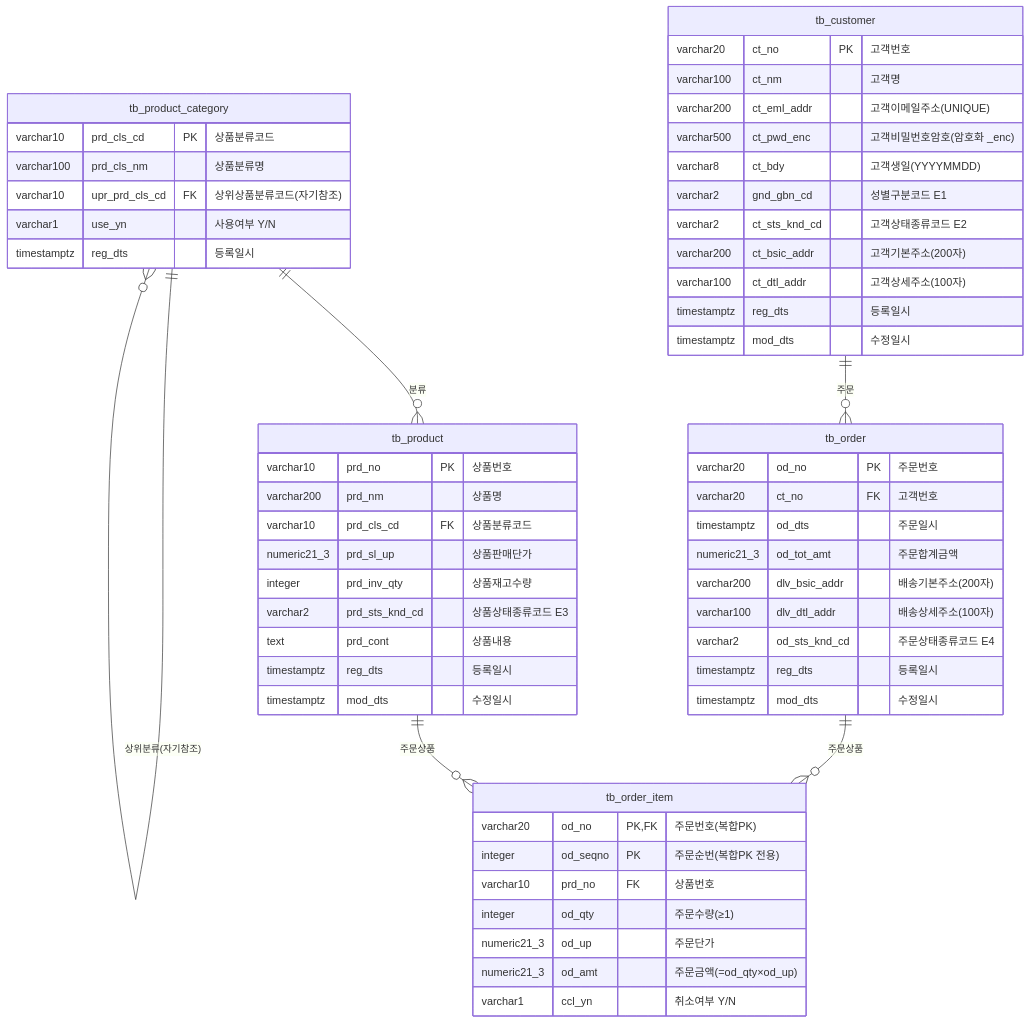
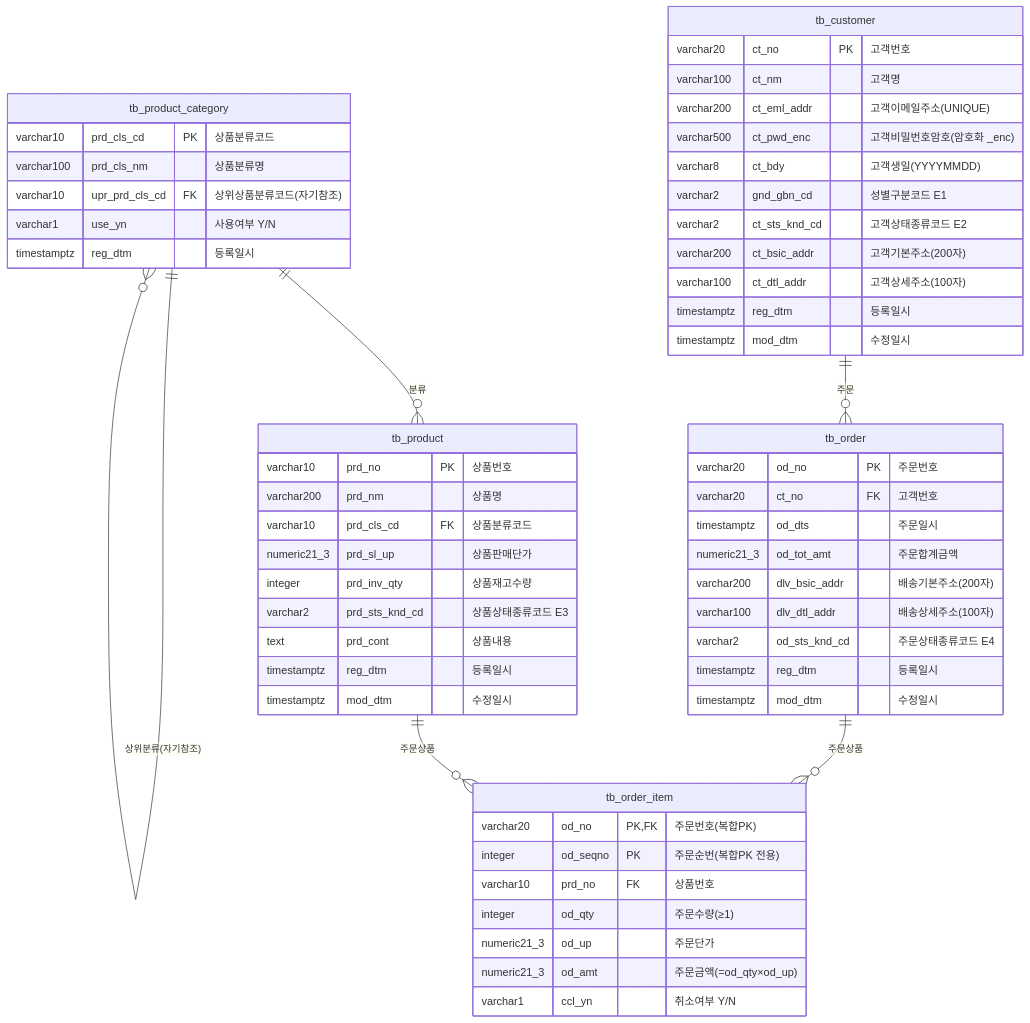
One commit to anakinwon/schema changed the diagram in docs/da-plan/erd-shopping.md. Above: the diagram before and after it, drawn with Mermaid. The commit also changed other lines of this file and 34 other files, not shown here.

````diff
--- a/docs/da-plan/erd-shopping.md
+++ b/docs/da-plan/erd-shopping.md
@@ -11,64 +11,64 @@
 ```mermaid
 erDiagram
     tb_product_category {
         varchar10  prd_cls_cd      PK "상품분류코드"
         varchar100 prd_cls_nm         "상품분류명"
         varchar10  upr_prd_cls_cd  FK "상위상품분류코드(자기참조)"
         varchar1   use_yn             "사용여부 Y/N"
-        timestamptz  reg_dts            "등록일시"
+        timestamptz  reg_dtm            "등록일시"
     }
 
     tb_product {
         varchar10   prd_no          PK "상품번호"
         varchar200  prd_nm             "상품명"
         varchar10   prd_cls_cd      FK "상품분류코드"
         numeric21_3 prd_sl_up          "상품판매단가"
         integer     prd_inv_qty        "상품재고수량"
         varchar2    prd_sts_knd_cd     "상품상태종류코드 E3"
         text        prd_cont           "상품내용"
-        timestamptz   reg_dts            "등록일시"
-        timestamptz   mod_dts            "수정일시"
+        timestamptz   reg_dtm            "등록일시"
+        timestamptz   mod_dtm            "수정일시"
     }
 
     tb_customer {
         varchar20  ct_no           PK "고객번호"
         varchar100 ct_nm              "고객명"
         varchar200 ct_eml_addr        "고객이메일주소(UNIQUE)"
         varchar500 ct_pwd_enc         "고객비밀번호암호(암호화 _enc)"
         varchar8   ct_bdy             "고객생일(YYYYMMDD)"
         varchar2   gnd_gbn_cd         "성별구분코드 E1"
         varchar2   ct_sts_knd_cd      "고객상태종류코드 E2"
         varchar200 ct_bsic_addr       "고객기본주소(200자)"
         varchar100 ct_dtl_addr        "고객상세주소(100자)"
-        timestamptz  reg_dts            "등록일시"
-        timestamptz  mod_dts            "수정일시"
+        timestamptz  reg_dtm            "등록일시"
+        timestamptz  mod_dtm            "수정일시"
     }
 
     tb_order {
         varchar20   od_no          PK "주문번호"
         varchar20   ct_no          FK "고객번호"
         timestamptz   od_dts            "주문일시"
         numeric21_3 od_tot_amt        "주문합계금액"
         varchar200  dlv_bsic_addr     "배송기본주소(200자)"
         varchar100  dlv_dtl_addr      "배송상세주소(100자)"
         varchar2    od_sts_knd_cd     "주문상태종류코드 E4"
-        timestamptz   reg_dts           "등록일시"
-        timestamptz   mod_dts           "수정일시"
+        timestamptz   reg_dtm           "등록일시"
+        timestamptz   mod_dtm           "수정일시"
     }
 
     tb_order_item {
         varchar20   od_no          PK,FK "주문번호(복합PK)"
         integer     od_seqno       PK    "주문순번(복합PK 전용)"
         varchar10   prd_no         FK    "상품번호"
         integer     od_qty               "주문수량(≥1)"
         numeric21_3 od_up                "주문단가"
         numeric21_3 od_amt               "주문금액(=od_qty×od_up)"
         varchar1    ccl_yn               "취소여부 Y/N"
     }
 
     tb_product_category ||--o{ tb_product_category : "상위분류(자기참조)"
     tb_product_category ||--o{ tb_product           : "분류"
     tb_customer         ||--o{ tb_order              : "주문"
     tb_order            ||--o{ tb_order_item         : "주문상품"
     tb_product          ||--o{ tb_order_item         : "주문상품"
 ```
````
